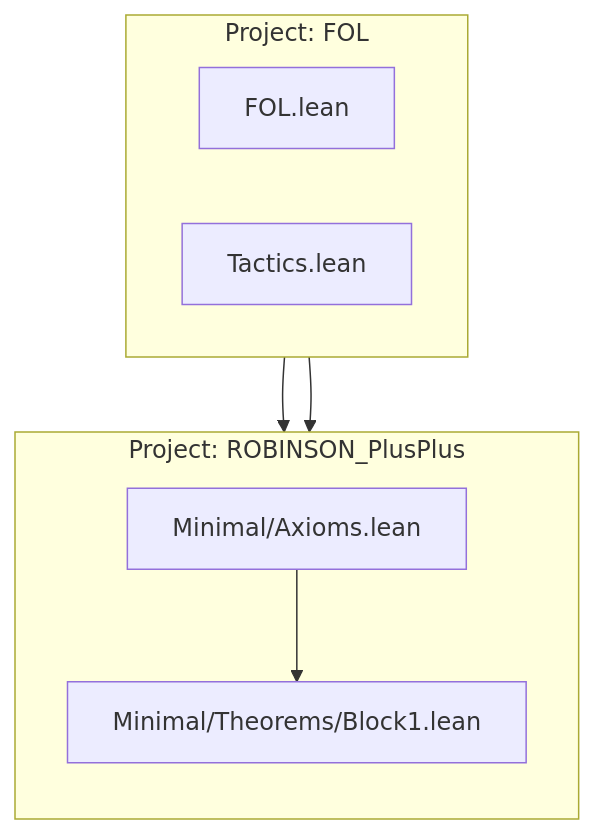
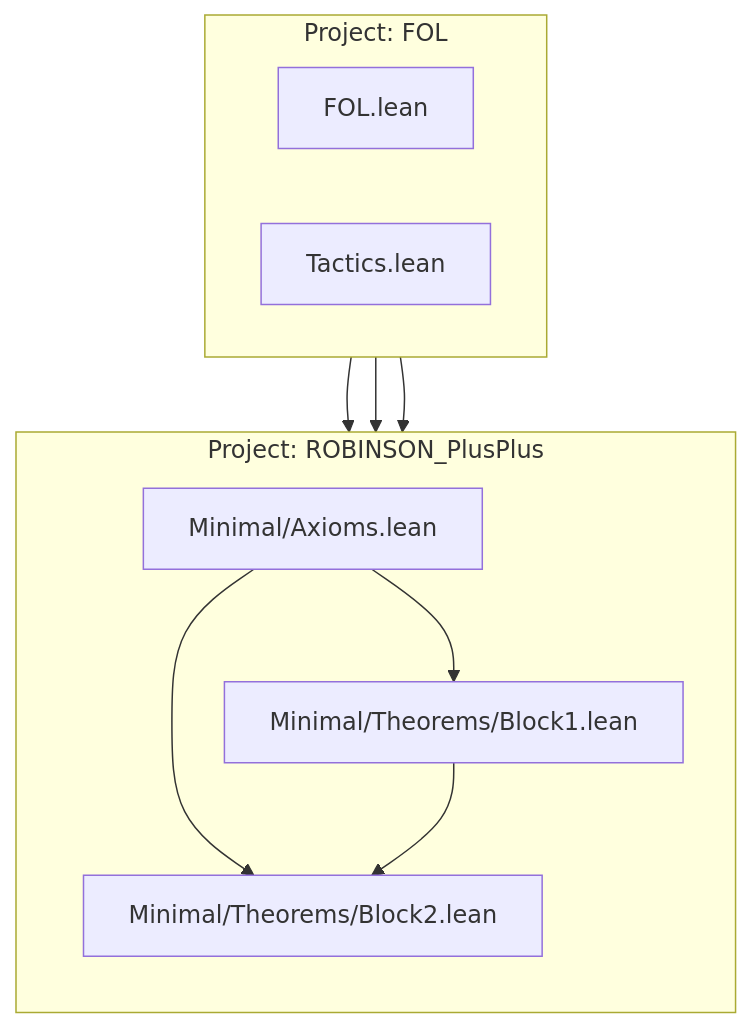
Before and after one commit to julian1c2a/ROBINSON_PlusPlus: the diagram in REFERENCE.md, drawn with Mermaid. The commit also changed other lines of this file and 4 other files, not shown here.

````diff
--- a/REFERENCE.md
+++ b/REFERENCE.md
@@ -100,18 +101,22 @@
 ```mermaid
 graph TD
     subgraph "Project: FOL"
         direction LR
         FOL_FOL["FOL.lean"]
         FOL_Tactics["Tactics.lean"]
     end
 
     subgraph "Project: ROBINSON_PlusPlus"
         direction TB
         Axioms["Minimal/Axioms.lean"]
         Block1["Minimal/Theorems/Block1.lean"]
+        Block2["Minimal/Theorems/Block2.lean"]
     end
 
     FOL_FOL --> Axioms
     Axioms --> Block1
+    Axioms --> Block2
+    Block1 --> Block2
     FOL_Tactics --> Block1
+    FOL_Tactics --> Block2
 ```
````
